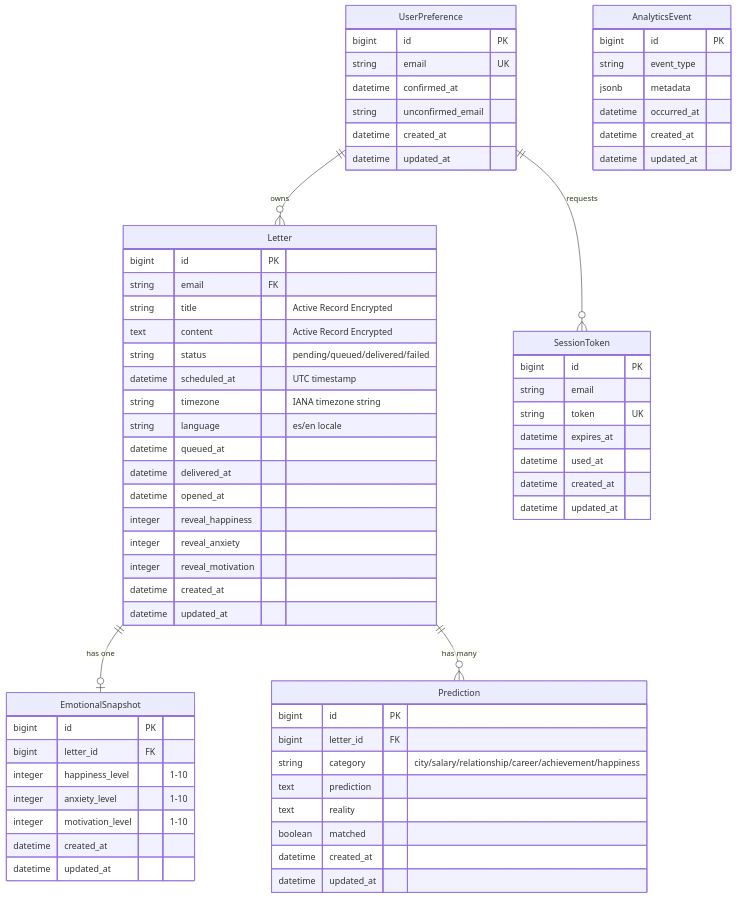
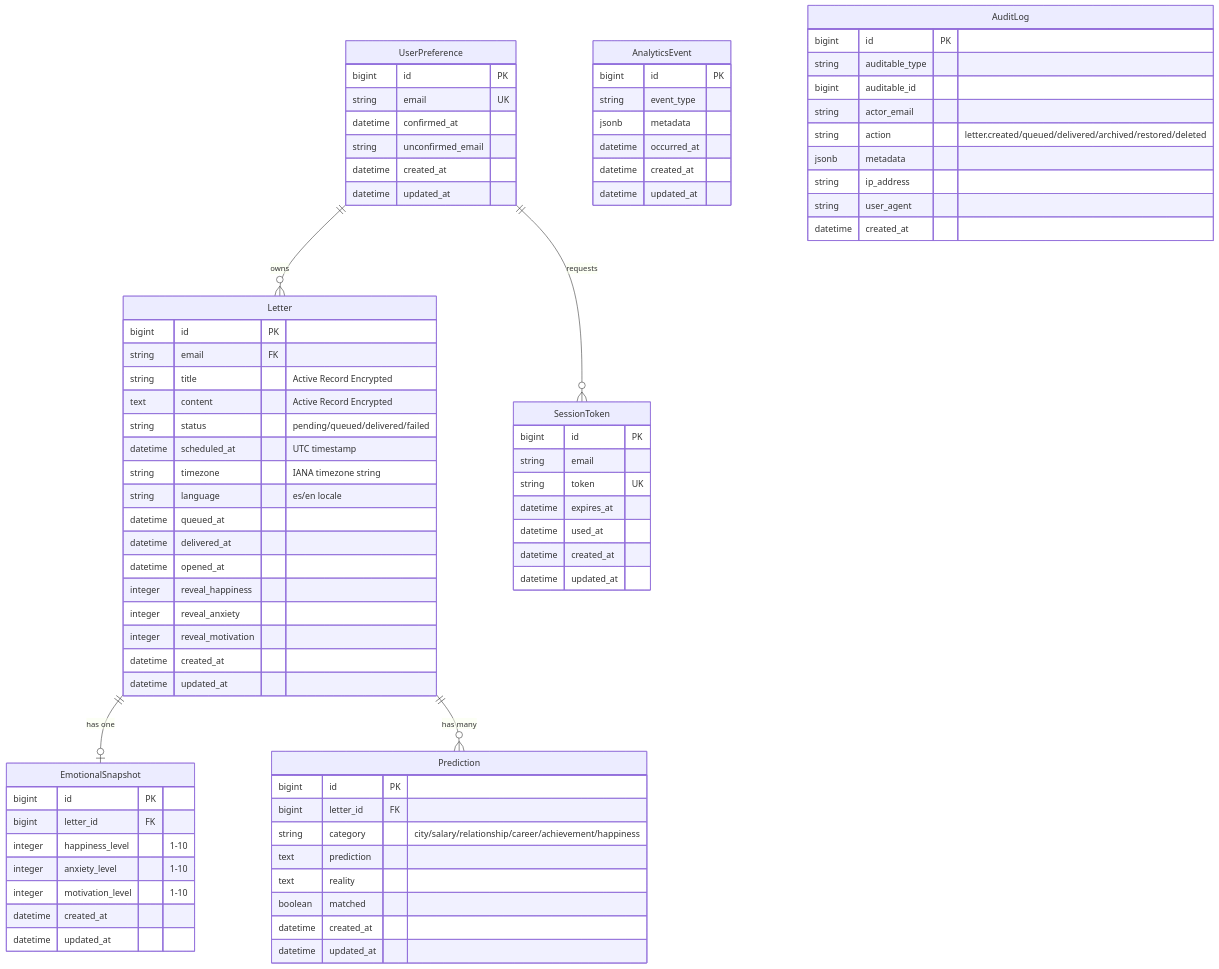
Before and after one commit to nmenag/time_echo: the third of 6 diagrams in docs/architecture.md, drawn with Mermaid. The commit also changed 40 other files, not shown here.

First line of the commit message:
feat: add audit, rate limit and email limit (#80)

```diff
--- a/docs/architecture.md
+++ b/docs/architecture.md
@@ -232,6 +232,18 @@
         datetime updated_at
     }
 
+    AuditLog {
+        bigint id PK
+        string auditable_type
+        bigint auditable_id
+        string actor_email
+        string action "letter.created/queued/delivered/archived/restored/deleted"
+        jsonb metadata
+        string ip_address
+        string user_agent
+        datetime created_at
+    }
+
     SessionToken {
         bigint id PK
         string email
```
